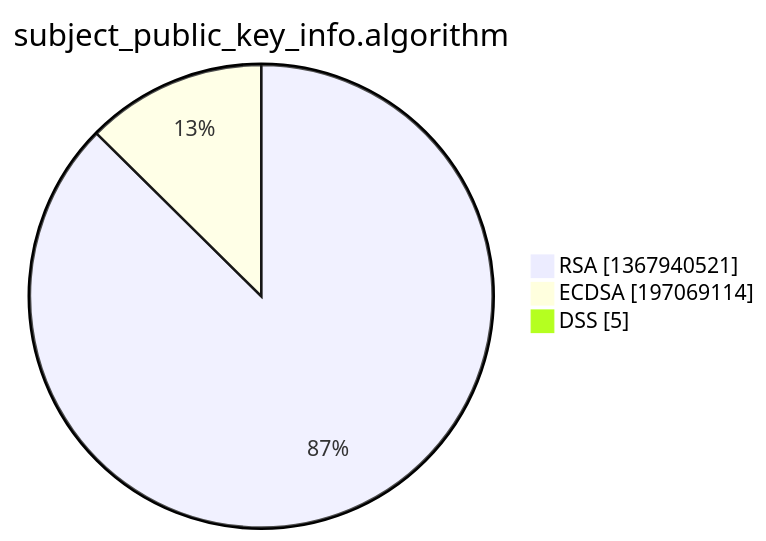
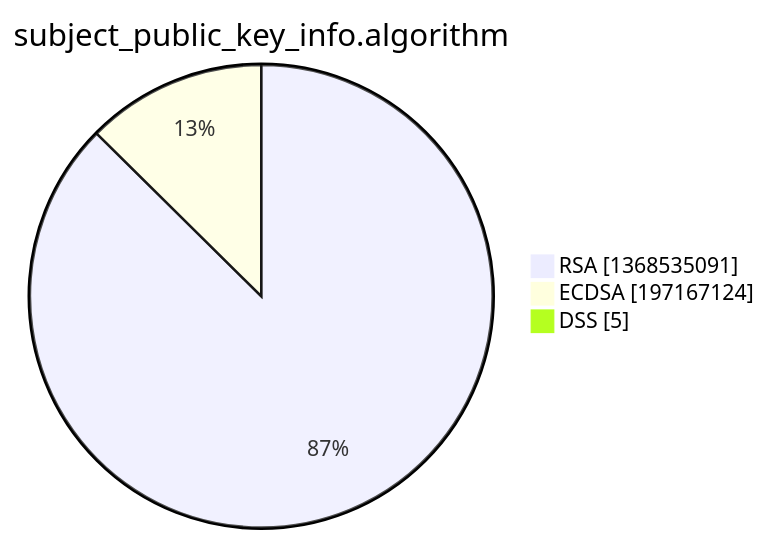
One commit to christiankrug/ctmonitor_visualization changed the third of 15 diagrams in xenon2022/README.md. Above: the diagram before and after it, drawn with Mermaid. The commit also changed other lines of this file, not shown here.

````diff
--- a/xenon2022/README.md
+++ b/xenon2022/README.md
@@ -14,7 +14,7 @@
 ```mermaid
 pie showData
 title subject_public_key_info.algorithm
-"RSA" :1367940521
-"ECDSA" :197069114
+"RSA" :1368535091
+"ECDSA" :197167124
 "DSS" :5
 ```
````
